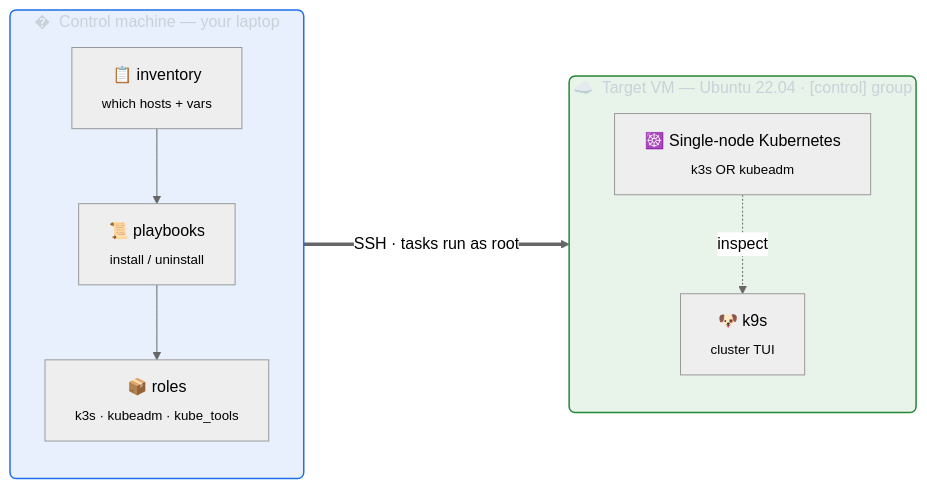
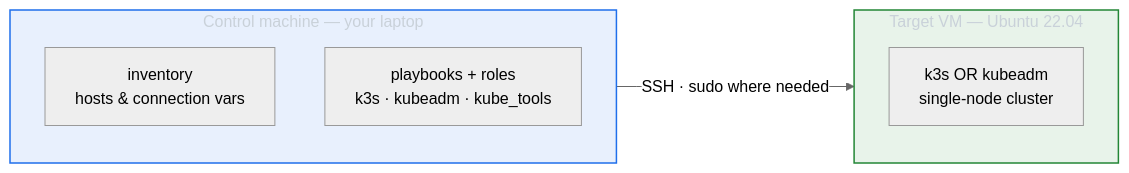
One commit to r97221004/ansible-tutorial changed the first of 2 diagrams in README.md. Above: the diagram before and after it, drawn with Mermaid (neutral theme). The commit also changed other lines of this file, not shown here.

Commit message:
docs: clean up Mermaid diagrams for accuracy and portability
AS IS: both diagrams use emojis (inconsistent across platforms), the
architecture diagram has unsupported rx/ry in classDef, implies a
sequential inv→pb→roles pipeline that misrepresents how Ansible works,
labels the SSH edge "tasks run as root" which overstates privilege
escalation, and the two diagrams have inconsistent fill alpha values.

TO BE: remove all emojis and &nbsp; for reliable cross-platform
rendering; drop rx/ry from classDef; replace the sequential chain with
parallel inventory and playbook+roles nodes; change the SSH edge label
to "sudo where needed"; align fill color (#1f6feb1a) across both
diagrams; update the prose below the architecture diagram to match.

TASK # N/A

````diff
--- a/README.md
+++ b/README.md
@@ -120,24 +120,19 @@
 ```mermaid
 flowchart LR
-    subgraph control["�️&nbsp; Control machine — your laptop"]
+    subgraph control["Control machine — your laptop"]
         direction TB
-        inv["📋 inventory<br/><sub>which hosts + vars</sub>"]
-        pb["📜 playbooks<br/><sub>install / uninstall</sub>"]
-        roles["📦 roles<br/><sub>k3s · kubeadm · kube_tools</sub>"]
-        inv --> pb --> roles
+        inv["inventory<br/>hosts &amp; connection vars"]
+        pb["playbooks + roles<br/>k3s · kubeadm · kube_tools"]
     end
 
-    subgraph target["☁️&nbsp; Target VM — Ubuntu 22.04 · [control] group"]
-        direction TB
-        cluster["☸️ Single-node Kubernetes<br/><sub>k3s OR kubeadm</sub>"]
-        k9s["🐶 k9s<br/><sub>cluster TUI</sub>"]
-        cluster -.->|inspect| k9s
+    subgraph target["Target VM — Ubuntu 22.04"]
+        k8s["k3s OR kubeadm<br/>single-node cluster"]
     end
 
-    control ===>|"SSH · tasks run as root"| target
+    control -->|"SSH · sudo where needed"| target
 
-    classDef ctrl fill:#1f6feb1a,stroke:#1f6feb,stroke-width:1.5px,color:#c9d1d9,rx:6,ry:6;
-    classDef tgt fill:#2386361a,stroke:#238636,stroke-width:1.5px,color:#c9d1d9,rx:6,ry:6;
+    classDef ctrl fill:#1f6feb1a,stroke:#1f6feb,stroke-width:1.5px,color:#c9d1d9;
+    classDef tgt fill:#2386361a,stroke:#238636,stroke-width:1.5px,color:#c9d1d9;
     class control ctrl;
     class target tgt;
 ```
````
